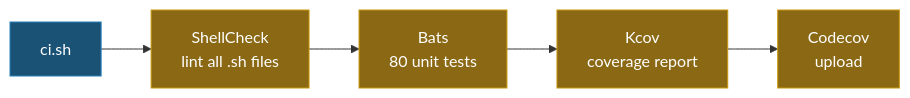
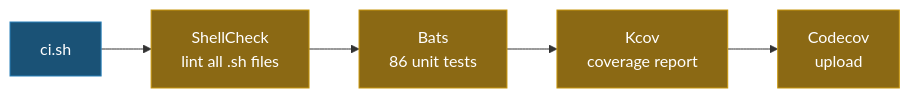
The second of 2 diagrams in README.md (ycpss91255-docker/ros_noetic), drawn with Mermaid before and after one commit. The commit also changed other lines of this file and 1 other file, not shown here.

````diff
--- a/README.md
+++ b/README.md
@@ -243,10 +242,10 @@
 ```mermaid
 graph LR
     S["ci.sh"]:::entry --> SC["ShellCheck\nlint all .sh files"]:::step
-    SC --> BT["Bats\n80 unit tests"]:::step
+    SC --> BT["Bats\n86 unit tests"]:::step
     BT --> KC["Kcov\ncoverage report"]:::step
     KC --> CC["Codecov\nupload"]:::step
 
     classDef entry fill:#1a5276,color:#fff,stroke:#2980b9
     classDef step fill:#8B6914,color:#fff,stroke:#c8960c
 ```
````
